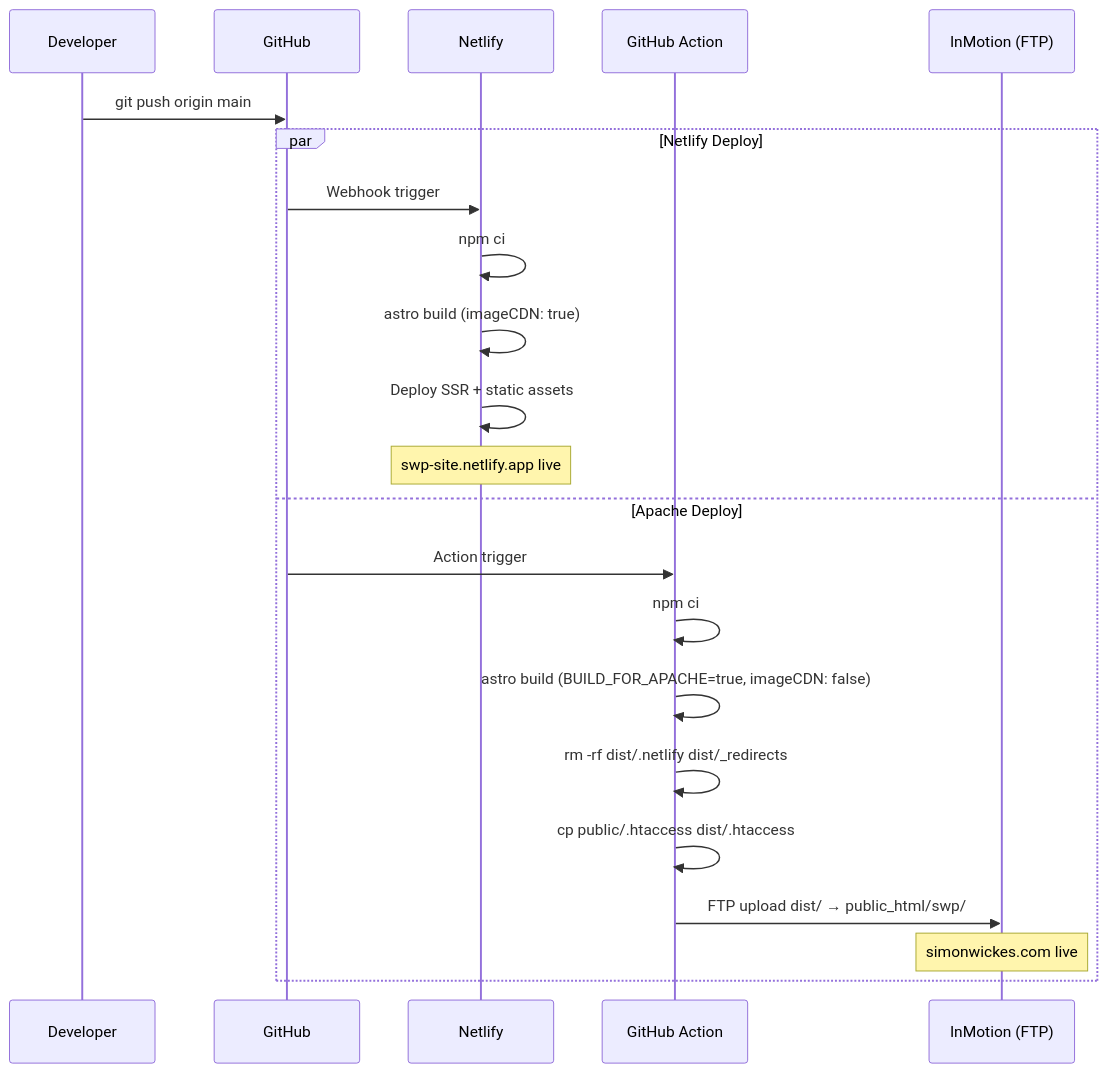
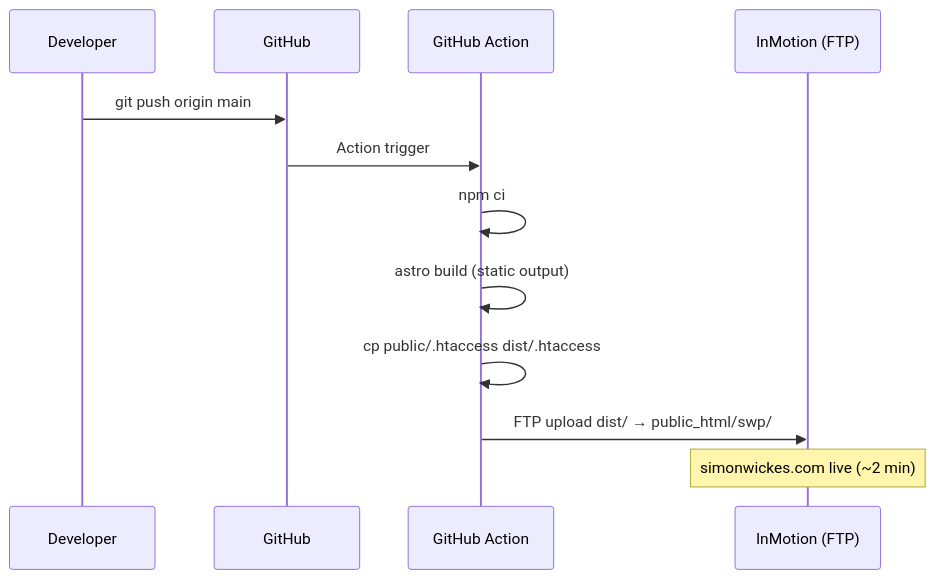
The second of 8 diagrams in docs/ARCHITECTURE.md (simonwickes/swp-site), drawn with Mermaid before and after one commit. The commit also changed other lines of this file and 19 other files, not shown here.

````diff
--- a/docs/ARCHITECTURE.md
+++ b/docs/ARCHITECTURE.md
@@ -70,26 +56,15 @@
 ```mermaid
 sequenceDiagram
     participant D as Developer
     participant G as GitHub
-    participant N as Netlify
     participant A as GitHub Action
     participant I as InMotion (FTP)
 
     D->>G: git push origin main
-
-    par Netlify Deploy
-        G->>N: Webhook trigger
-        N->>N: npm ci
-        N->>N: astro build (imageCDN: true)
-        N->>N: Deploy SSR + static assets
-        Note over N: swp-site.netlify.app live
-    and Apache Deploy
-        G->>A: Action trigger
-        A->>A: npm ci
-        A->>A: astro build (BUILD_FOR_APACHE=true, imageCDN: false)
-        A->>A: rm -rf dist/.netlify dist/_redirects
-        A->>A: cp public/.htaccess dist/.htaccess
-        A->>I: FTP upload dist/ → public_html/swp/
-        Note over I: simonwickes.com live
-    end
+    G->>A: Action trigger
+    A->>A: npm ci
+    A->>A: astro build (static output)
+    A->>A: cp public/.htaccess dist/.htaccess
+    A->>I: FTP upload dist/ → public_html/swp/
+    Note over I: simonwickes.com live (~2 min)
 ```
````
